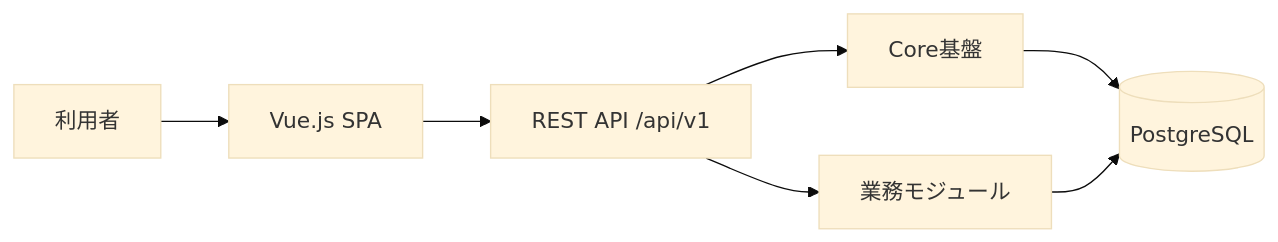
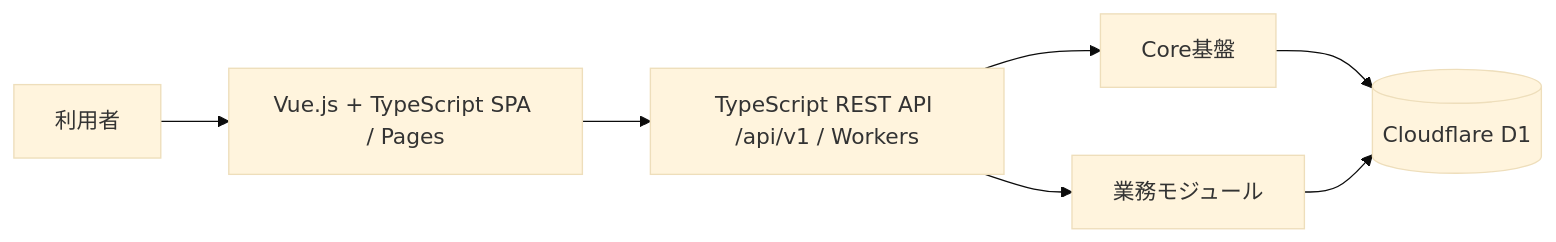
The diagram in docs/basic-design/01-system-overview.md (ichiro0522/OrgFlow), drawn with Mermaid (base theme) before and after one commit. The commit also changed other lines of this file and 6 other files, not shown here.

````diff
--- a/docs/basic-design/01-system-overview.md
+++ b/docs/basic-design/01-system-overview.md
@@ -27,9 +28,9 @@
 ```mermaid
 flowchart LR
-  User[利用者] --> UI[Vue.js SPA]
-  UI --> API[REST API /api/v1]
+  User[利用者] --> UI[Vue.js + TypeScript SPA / Pages]
+  UI --> API[TypeScript REST API /api/v1 / Workers]
   API --> Core[Core基盤]
   API --> Modules[業務モジュール]
-  Core --> DB[(PostgreSQL)]
+  Core --> DB[(Cloudflare D1)]
   Modules --> DB
 ```
````
